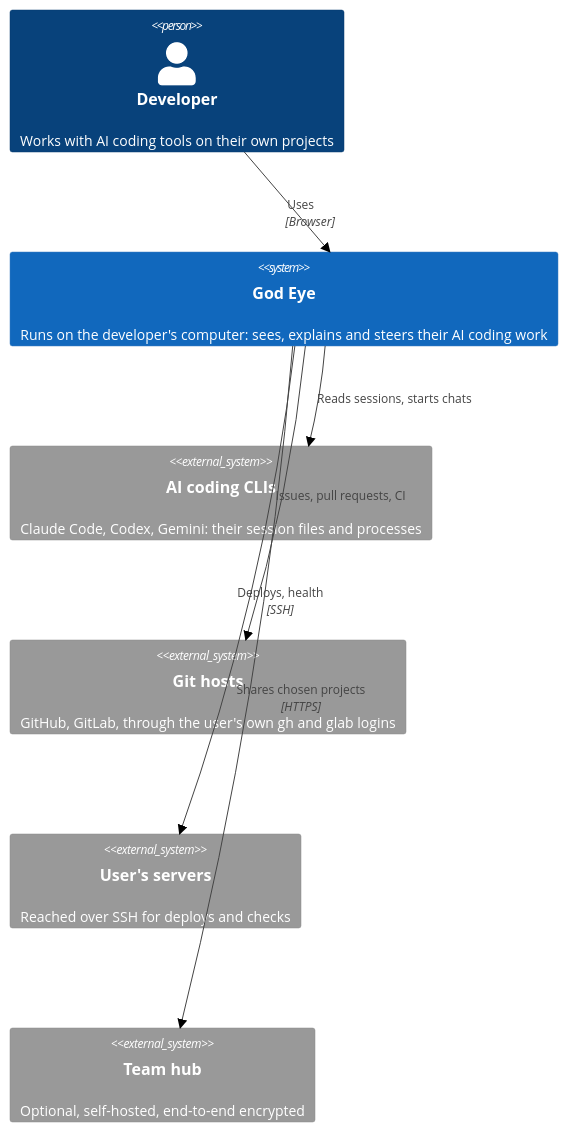
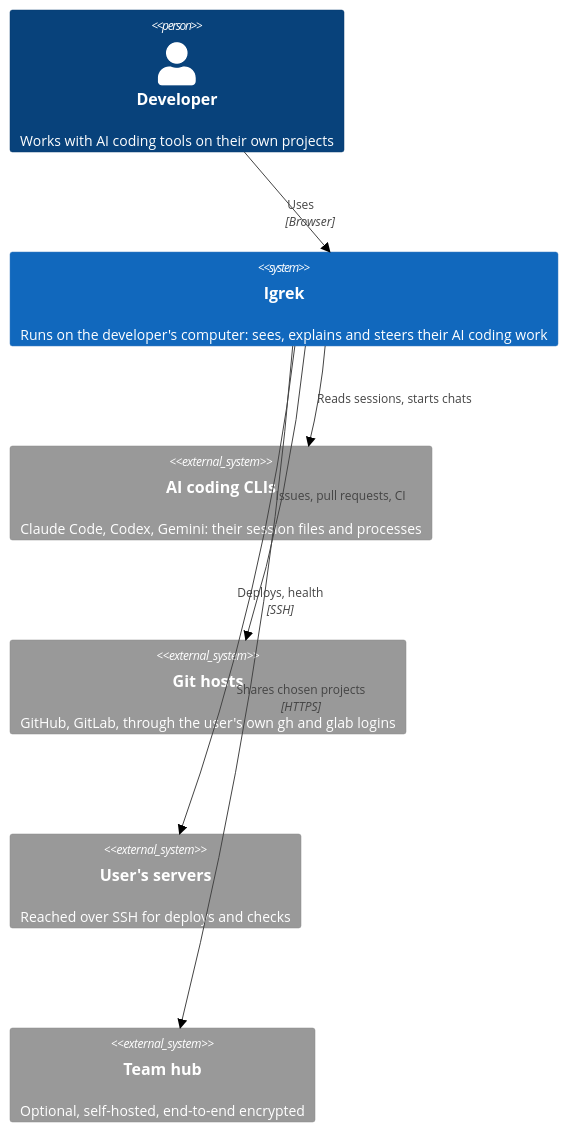
The first of 3 diagrams in docs/architecture.md (Mohamedattiadev/igrek), drawn with Mermaid (neutral theme) before and after one commit. The commit also changed other lines of this file and 26 other files, not shown here.

Commit message:
Rename, docs and delivery: README, AGENTS.md, Docker, compose, CI and the hub binary say Igrek; compose still reads GODEYE_* from older .env files; the README says how to move data when updating

````diff
--- a/docs/architecture.md
+++ b/docs/architecture.md
@@ -10,14 +10,14 @@
 ```mermaid
 C4Context
   Person(user, "Developer", "Works with AI coding tools on their own projects")
-  System(godeye, "God Eye", "Runs on the developer's computer: sees, explains and steers their AI coding work")
+  System(igrek, "Igrek", "Runs on the developer's computer: sees, explains and steers their AI coding work")
   System_Ext(ai, "AI coding CLIs", "Claude Code, Codex, Gemini: their session files and processes")
   System_Ext(git, "Git hosts", "GitHub, GitLab, through the user's own gh and glab logins")
   System_Ext(servers, "User's servers", "Reached over SSH for deploys and checks")
   System_Ext(hub, "Team hub", "Optional, self-hosted, end-to-end encrypted")
-  Rel(user, godeye, "Uses", "Browser")
-  Rel(godeye, ai, "Reads sessions, starts chats")
-  Rel(godeye, git, "Issues, pull requests, CI")
-  Rel(godeye, servers, "Deploys, health", "SSH")
-  Rel(godeye, hub, "Shares chosen projects", "HTTPS")
+  Rel(user, igrek, "Uses", "Browser")
+  Rel(igrek, ai, "Reads sessions, starts chats")
+  Rel(igrek, git, "Issues, pull requests, CI")
+  Rel(igrek, servers, "Deploys, health", "SSH")
+  Rel(igrek, hub, "Shares chosen projects", "HTTPS")
 ```
````
